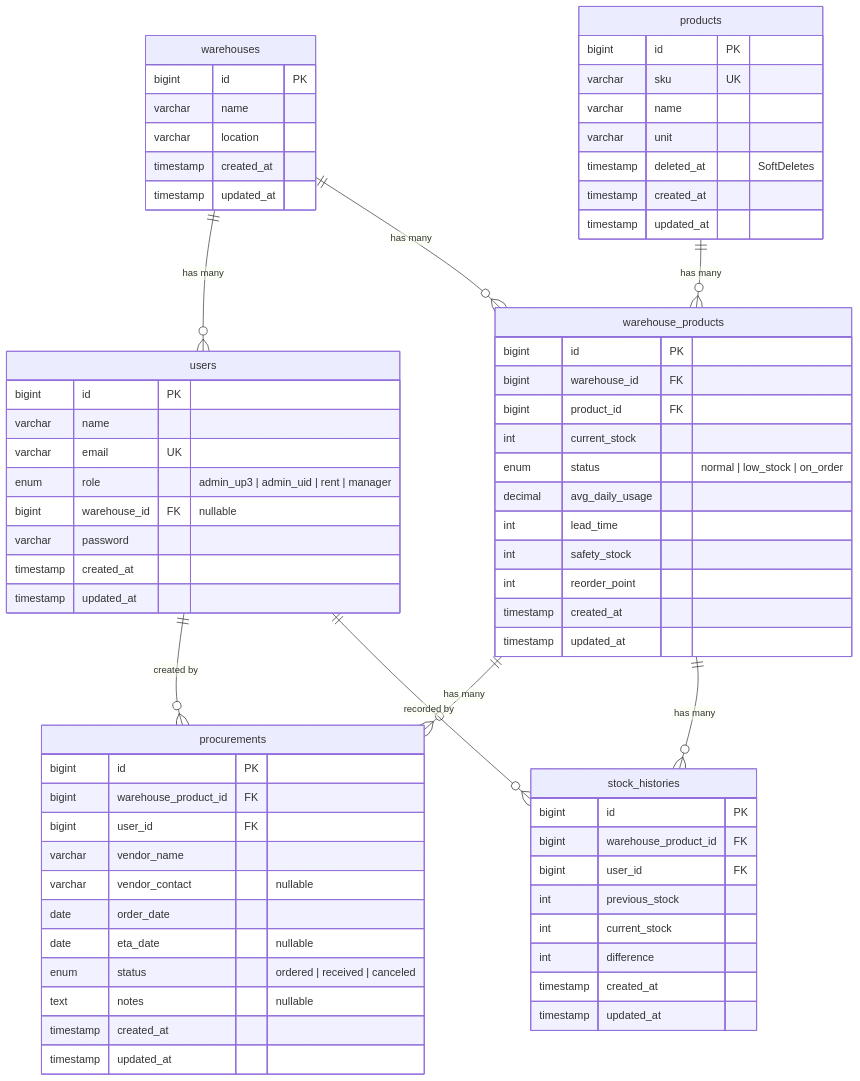
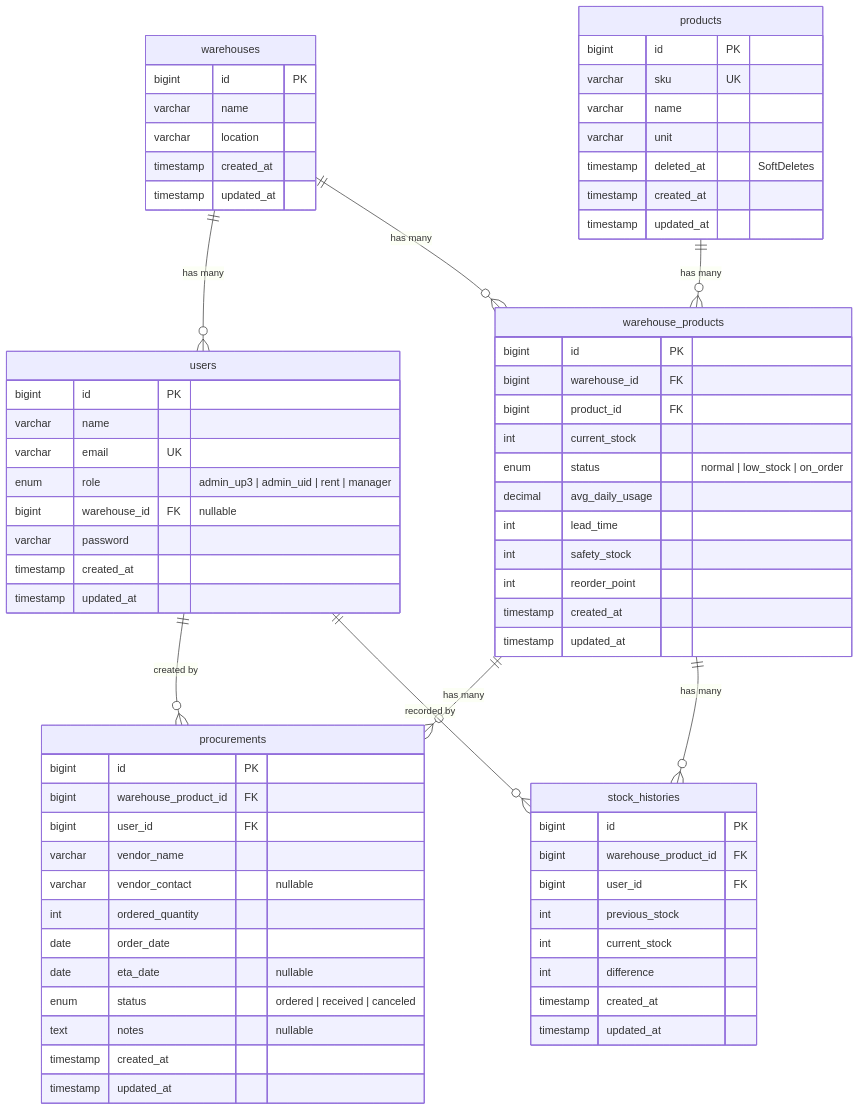
Before and after one commit to NaufalMusyaafa/sistem-managemen-stok-produk: the diagram in README.md, drawn with Mermaid.

Commit message:
doc: update README.md File

````diff
--- a/README.md
+++ b/README.md
@@ -228,78 +228,79 @@
 ```mermaid
 erDiagram
     warehouses {
         bigint id PK
         varchar name
         varchar location
         timestamp created_at
         timestamp updated_at
     }
 
     users {
         bigint id PK
         varchar name
         varchar email UK
         enum role "admin_up3 | admin_uid | rent | manager"
         bigint warehouse_id FK "nullable"
         varchar password
         timestamp created_at
         timestamp updated_at
     }
 
     products {
         bigint id PK
         varchar sku UK
         varchar name
         varchar unit
         timestamp deleted_at "SoftDeletes"
         timestamp created_at
         timestamp updated_at
     }
 
     warehouse_products {
         bigint id PK
         bigint warehouse_id FK
         bigint product_id FK
         int current_stock
         enum status "normal | low_stock | on_order"
         decimal avg_daily_usage
         int lead_time
         int safety_stock
         int reorder_point
         timestamp created_at
         timestamp updated_at
     }
 
     procurements {
         bigint id PK
         bigint warehouse_product_id FK
         bigint user_id FK
         varchar vendor_name
         varchar vendor_contact "nullable"
+        int ordered_quantity
         date order_date
         date eta_date "nullable"
         enum status "ordered | received | canceled"
         text notes "nullable"
         timestamp created_at
         timestamp updated_at
     }
 
     stock_histories {
         bigint id PK
         bigint warehouse_product_id FK
         bigint user_id FK
         int previous_stock
         int current_stock
         int difference
         timestamp created_at
         timestamp updated_at
     }
 
     warehouses ||--o{ users : "has many"
     warehouses ||--o{ warehouse_products : "has many"
     products ||--o{ warehouse_products : "has many"
     warehouse_products ||--o{ procurements : "has many"
     warehouse_products ||--o{ stock_histories : "has many"
     users ||--o{ procurements : "created by"
     users ||--o{ stock_histories : "recorded by"
 ```
````
